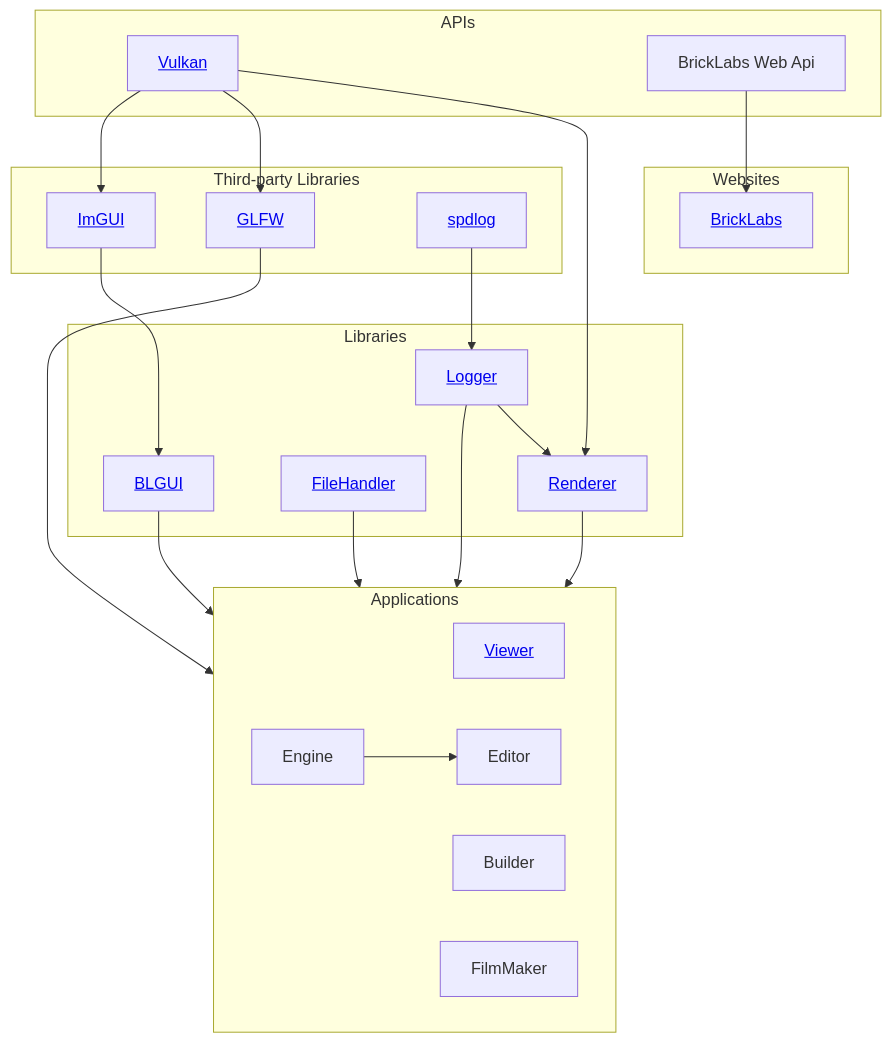
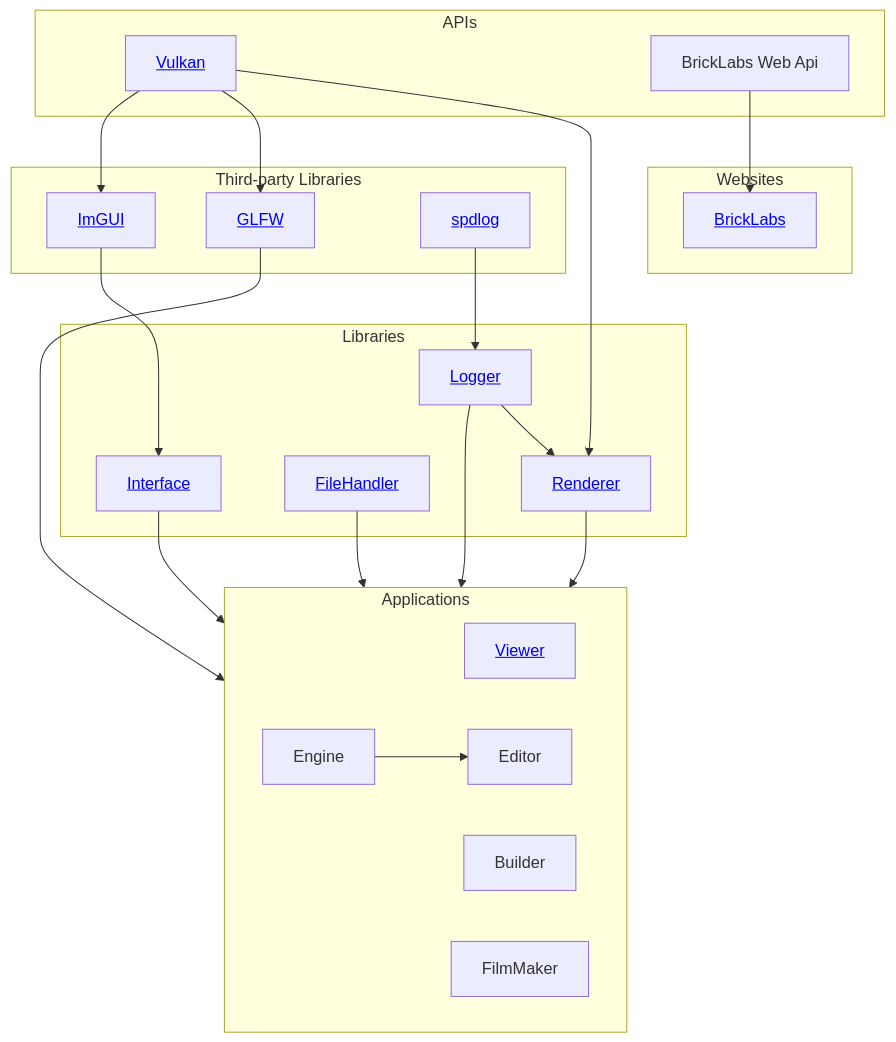
Before and after one commit to Brick-Labs/.github: the diagram in profile/README.md, drawn with Mermaid.

Commit message:
Update Interface name

````diff
--- a/profile/README.md
+++ b/profile/README.md
@@ -6,56 +6,56 @@
 ```mermaid
 graph TD
     
     subgraph APIs
         Vulkan[<a href="https://vulkan.org">Vulkan</a>]
         BLAPI[<span>BrickLabs Web Api</span>]
     end
 
     subgraph Third-party Libraries
         GLFW[<a href="https://www.glfw.org">GLFW</a>]
         ImGUI[<a href="https://github.com/ocornut/imgui">ImGUI</a>]
         spdlog[<a href="https://github.com/gabime/spdlog">spdlog</a>]
     end
 
     subgraph Libraries
         Renderer[<a href="https://github.com/Brick-Labs/Renderer">Renderer</a>]
         FileHandler[<a href="https://github.com/Brick-Labs/FileHandler">FileHandler</a>]
         Logger[<a href="https://github.com/Brick-Labs/Logger">Logger</a>]
-        BLGUI[<a href="https://github.com/Brick-Labs/BLGUI">BLGUI</a>]
+        BLGUI[<a href="https://github.com/Brick-Labs/Interface">Interface</a>]
     end
 
     subgraph Applications
         Viewer[<a href="https://github.com/Brick-Labs/Viewer">Viewer</a>]
         Builder
         Engine
         Editor
         FilmMaker
     end
 
     subgraph Websites
         BrickLabsWeb[<a href="https://github.com/Brick-Labs/Website">BrickLabs</a>]
     end
 
     %% APIs to Libraries
     Vulkan --> Renderer
     Vulkan --> GLFW
     Vulkan --> ImGUI
 
     %% APIs to Websites
     BLAPI --> BrickLabsWeb
 
     %% Libraries to Libraries
     ImGUI --> BLGUI
     spdlog --> Logger
     Logger --> Renderer
 
     %% Librararies to Applications
     Renderer --> Applications
     GLFW --> Applications
     BLGUI --> Applications 
     FileHandler --> Applications
     Logger --> Applications 
 
     %% Applications to Applications
     Engine --> Editor
 ```
````
